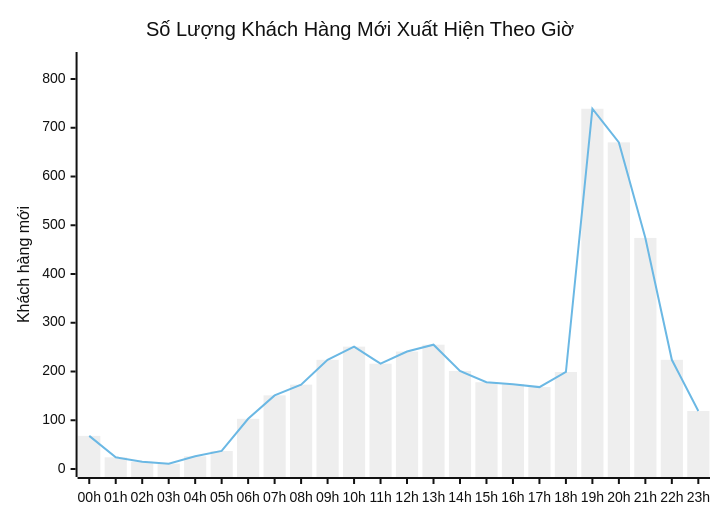
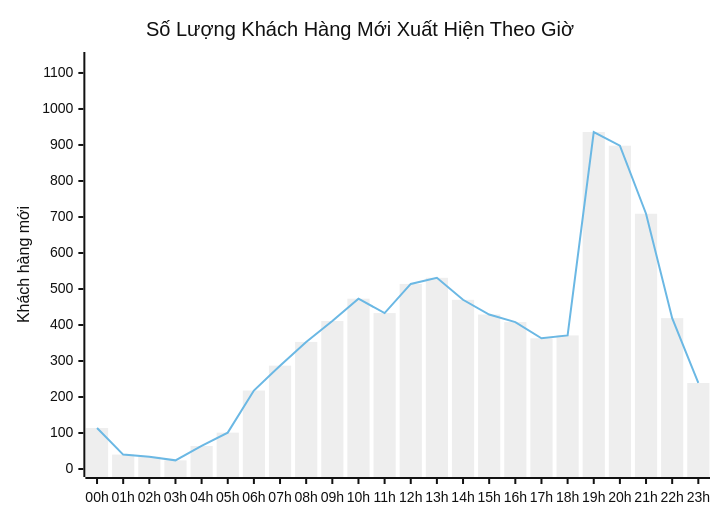
The eighth of 8 diagrams in content/Pancake-Audit/2026-08-25-NERCI-Pancake-Omnichannel-Performance-Report.md (dai-duong-1992/nerci-wiki), drawn with Mermaid (neutral theme) before and after one commit. The commit also changed other lines of this file and 2 other files, not shown here.

````diff
--- a/content/Pancake-Audit/2026-08-25-NERCI-Pancake-Omnichannel-Performance-Report.md
+++ b/content/Pancake-Audit/2026-08-25-NERCI-Pancake-Omnichannel-Performance-Report.md
@@ -163,8 +175,8 @@
 ```mermaid
 xychart-beta
     title "Số Lượng Khách Hàng Mới Xuất Hiện Theo Giờ"
     x-axis ["00h", "01h", "02h", "03h", "04h", "05h", "06h", "07h", "08h", "09h", "10h", "11h", "12h", "13h", "14h", "15h", "16h", "17h", "18h", "19h", "20h", "21h", "22h", "23h"]
-    y-axis "Khách hàng mới" 0 --> 839
-    bar [68, 24, 15, 11, 26, 37, 103, 151, 173, 224, 251, 216, 241, 255, 201, 178, 174, 168, 199, 739, 670, 474, 224, 119]
-    line [68, 24, 15, 11, 26, 37, 103, 151, 173, 224, 251, 216, 241, 255, 201, 178, 174, 168, 199, 739, 670, 474, 224, 119]
+    y-axis "Khách hàng mới" 0 --> 1136
+    bar [114, 40, 34, 24, 64, 101, 218, 287, 353, 411, 473, 433, 514, 531, 470, 429, 408, 363, 371, 936, 898, 709, 419, 239]
+    line [114, 40, 34, 24, 64, 101, 218, 287, 353, 411, 473, 433, 514, 531, 470, 429, 408, 363, 371, 936, 898, 709, 419, 239]
 ```
````
